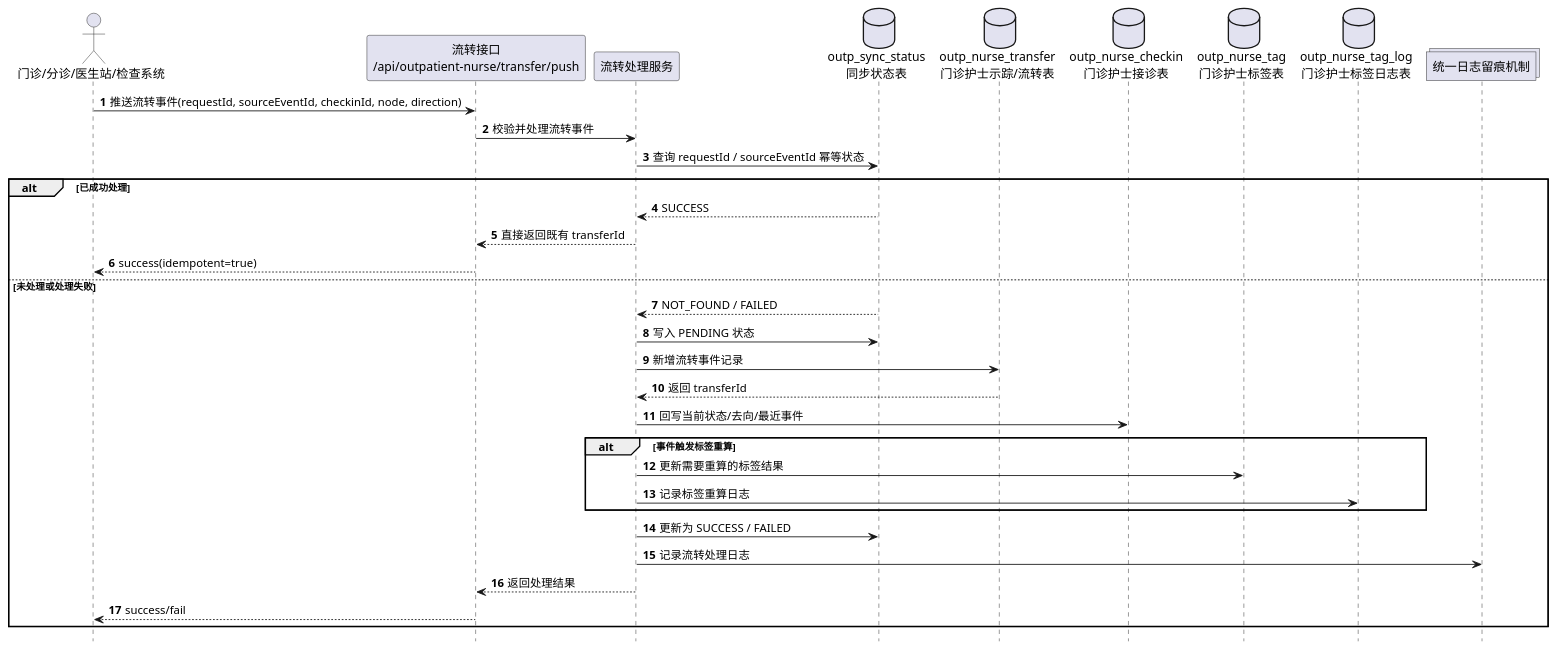
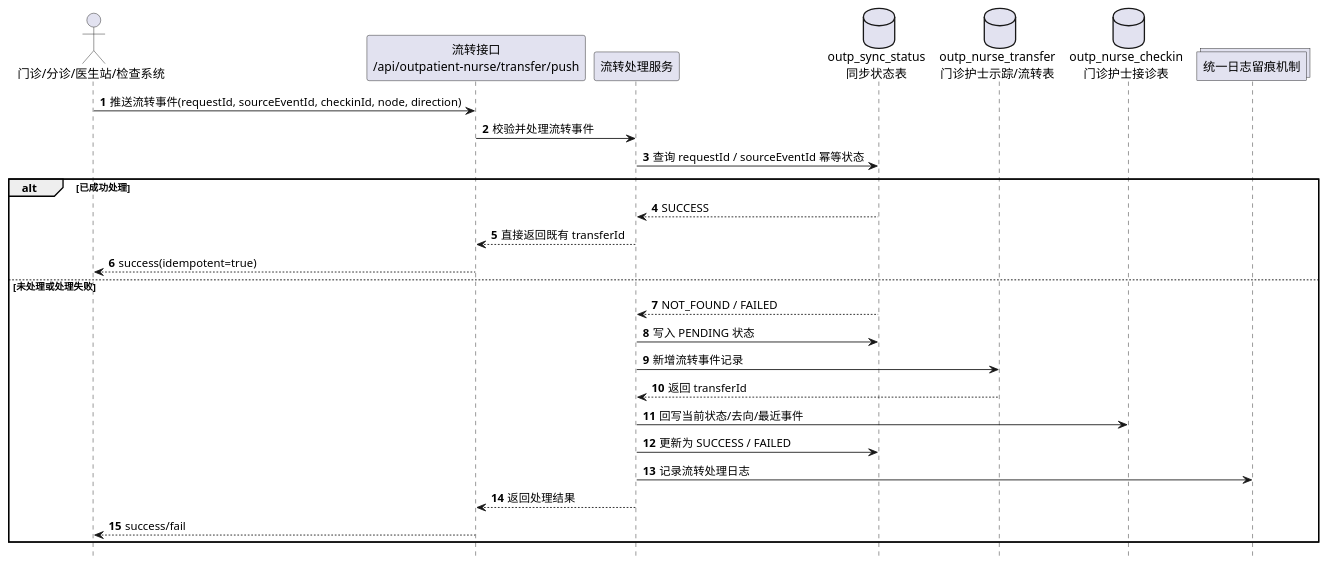
One commit to tito126/dev-workflow-engine changed the second of 7 diagrams in work-system/deliverables/outpatient-nurse-station/4.2.4.6-时序图-PlantUML-标签接口调整版.md. Above: the diagram before and after it, drawn with PlantUML. The commit also changed other lines of this file and 1 other file, not shown here.

Commit message:
refine outpatient nurse tag diagrams

````diff
--- a/work-system/deliverables/outpatient-nurse-station/4.2.4.6-时序图-PlantUML-标签接口调整版.md
+++ b/work-system/deliverables/outpatient-nurse-station/4.2.4.6-时序图-PlantUML-标签接口调整版.md
@@ -74,40 +74,34 @@
 ```plantuml
 @startuml
 hide footbox
 
 autonumber
 
 actor "门诊/分诊/医生站/检查系统" as Caller
 participant "流转接口\n/api/outpatient-nurse/transfer/push" as TransferApi
 participant "流转处理服务" as TransferService
 database "outp_sync_status\n同步状态表" as SyncStatus
 database "outp_nurse_transfer\n门诊护士示踪/流转表" as Transfer
 database "outp_nurse_checkin\n门诊护士接诊表" as Checkin
-database "outp_nurse_tag\n门诊护士标签表" as Tag
-database "outp_nurse_tag_log\n门诊护士标签日志表" as TagLog
 collections "统一日志留痕机制" as OpLog
 
 Caller -> TransferApi: 推送流转事件(requestId, sourceEventId, checkinId, node, direction)
 TransferApi -> TransferService: 校验并处理流转事件
 TransferService -> SyncStatus: 查询 requestId / sourceEventId 幂等状态
 alt 已成功处理
     SyncStatus --> TransferService: SUCCESS
     TransferService --> TransferApi: 直接返回既有 transferId
     TransferApi --> Caller: success(idempotent=true)
 else 未处理或处理失败
     SyncStatus --> TransferService: NOT_FOUND / FAILED
     TransferService -> SyncStatus: 写入 PENDING 状态
     TransferService -> Transfer: 新增流转事件记录
     Transfer --> TransferService: 返回 transferId
     TransferService -> Checkin: 回写当前状态/去向/最近事件
-    alt 事件触发标签重算
-        TransferService -> Tag: 更新需要重算的标签结果
-        TransferService -> TagLog: 记录标签重算日志
-    end
     TransferService -> SyncStatus: 更新为 SUCCESS / FAILED
     TransferService -> OpLog: 记录流转处理日志
     TransferService --> TransferApi: 返回处理结果
     TransferApi --> Caller: success/fail
 end
 @enduml
 ```
````
